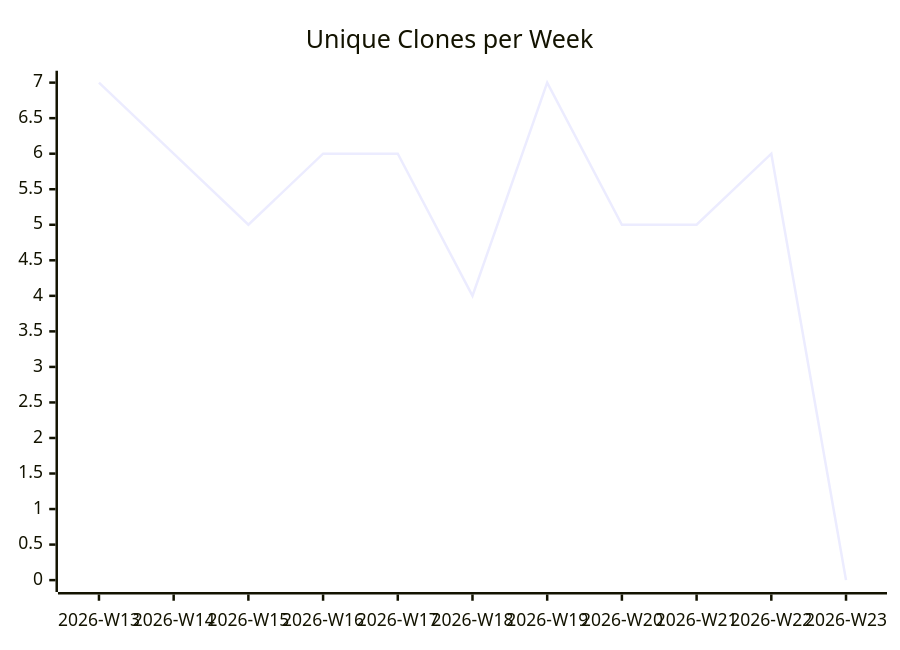
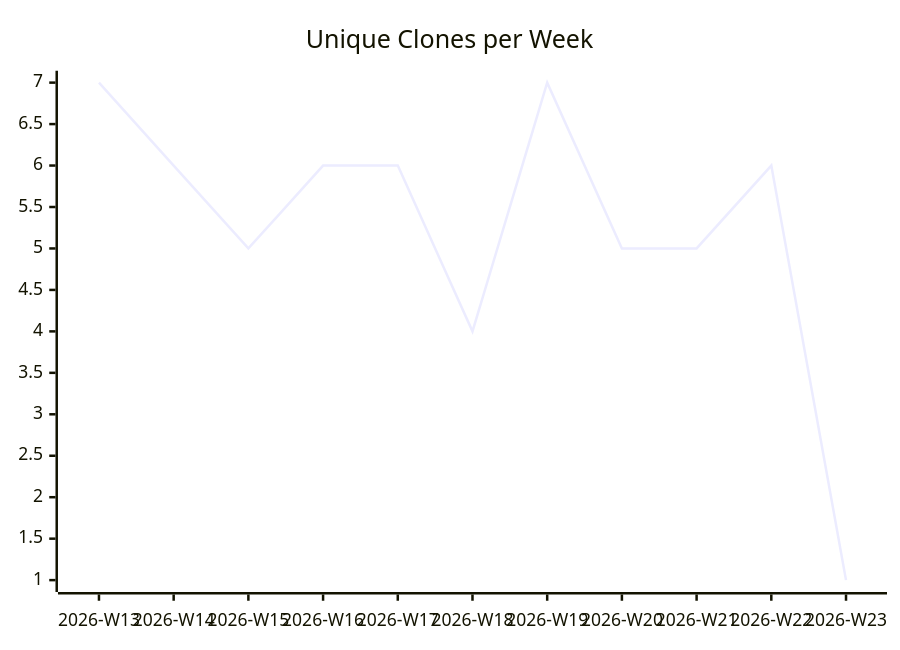
The third of 3 diagrams in karlmdavis/lego-ev3dev-rs/README.md (justdavis-family/github-analytics-data), drawn with Mermaid before and after one commit. The commit also changed other lines of this file and 186 other files, not shown here.

````diff
--- a/karlmdavis/lego-ev3dev-rs/README.md
+++ b/karlmdavis/lego-ev3dev-rs/README.md
@@ -19,6 +19,6 @@
 ```mermaid
 xychart-beta
   title "Unique Clones per Week"
   x-axis ["2026-W13", "2026-W14", "2026-W15", "2026-W16", "2026-W17", "2026-W18", "2026-W19", "2026-W20", "2026-W21", "2026-W22", "2026-W23"]
-  line [7, 6, 5, 6, 6, 4, 7, 5, 5, 6, 0]
+  line [7, 6, 5, 6, 6, 4, 7, 5, 5, 6, 1]
 ```
````
